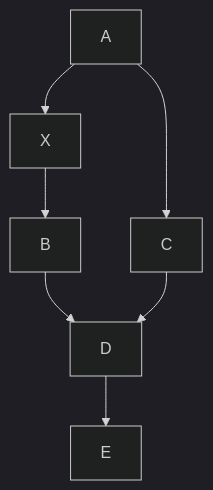
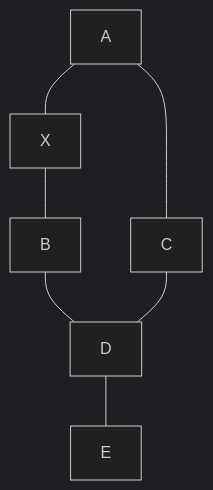
One commit to jkorichneva/cavemaps changed the third of 5 diagrams in snippets/unweighted_paths/bfs_graphs_mermaid.md. Above: the diagram before and after it, drawn with Mermaid (dark theme). The commit also changed other lines of this file and 1 other file, not shown here.

Commit message:
Remove direction from mermaid diagrams

````diff
--- a/snippets/unweighted_paths/bfs_graphs_mermaid.md
+++ b/snippets/unweighted_paths/bfs_graphs_mermaid.md
@@ -23,9 +23,9 @@
 ```mermaid
 graph TD
-    A --> X
-    A --> C
-    B --> D
-    X --> B
-    C --> D
-    D --> E
+    A --- X
+    A --- C
+    B --- D
+    X --- B
+    C --- D
+    D --- E
 ```
````
